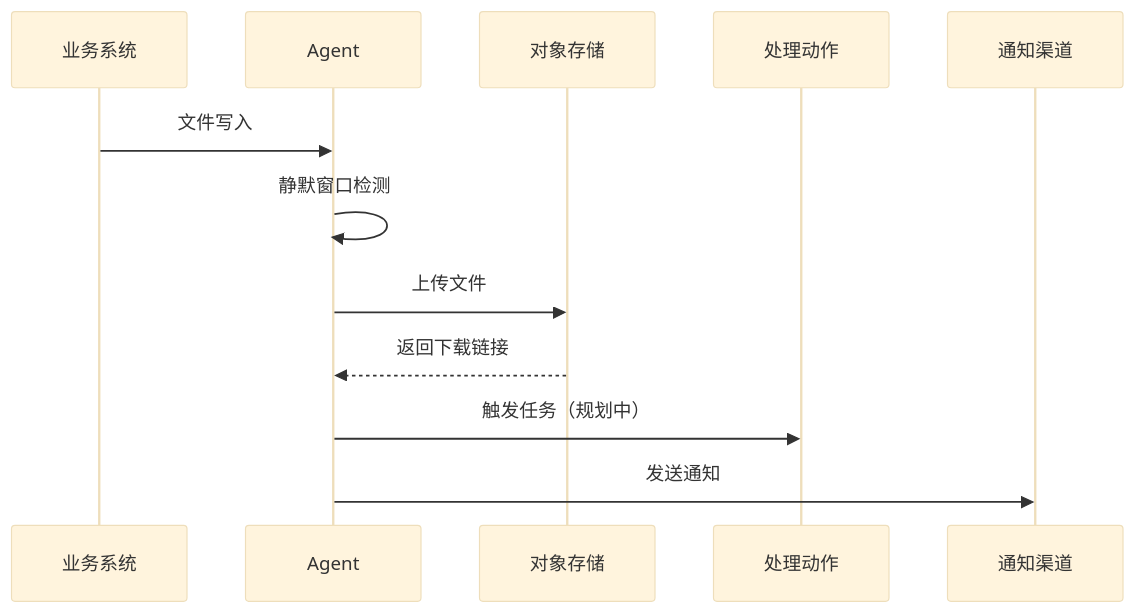
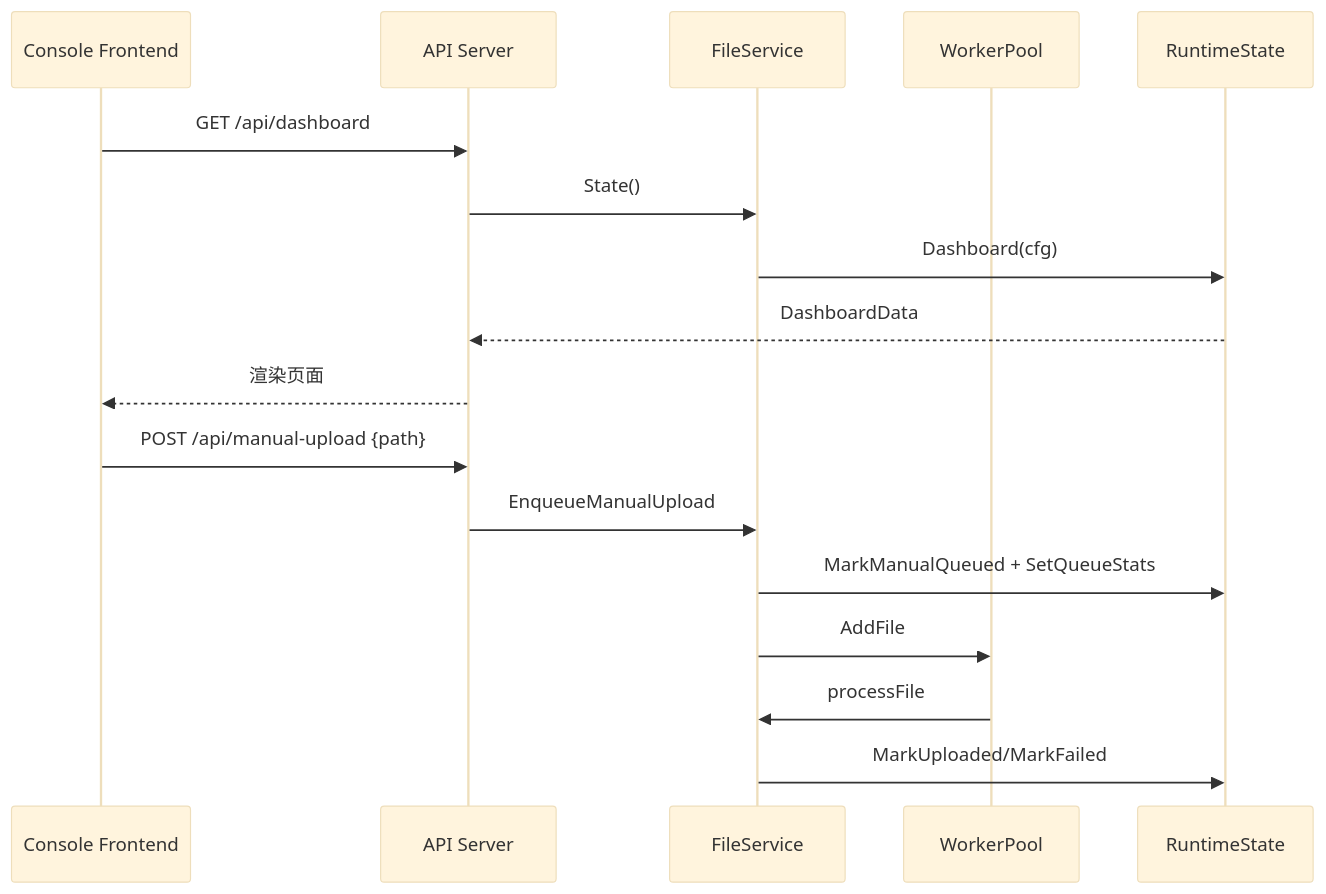
The second of 2 diagrams in docs/system-flowchart.md (VioletEvergardenZz/GoWatchFile), drawn with Mermaid (base theme) before and after one commit. The commit also changed other lines of this file and 22 other files, not shown here.

````diff
--- a/docs/system-flowchart.md
+++ b/docs/system-flowchart.md
@@ -22,15 +21,21 @@
 ```mermaid
 sequenceDiagram
-    participant App as 业务系统
-    participant Agent as Agent
-    participant S3 as 对象存储
-    participant Action as 处理动作
-    participant Notify as 通知渠道
+    participant UI as Console Frontend
+    participant API as API Server
+    participant FS as FileService
+    participant WP as WorkerPool
+    participant ST as RuntimeState
 
-    App->>Agent: 文件写入
-    Agent->>Agent: 静默窗口检测
-    Agent->>S3: 上传文件
-    S3-->>Agent: 返回下载链接
-    Agent->>Action: 触发任务（规划中）
-    Agent->>Notify: 发送通知
+    UI->>API: GET /api/dashboard
+    API->>FS: State()
+    FS->>ST: Dashboard(cfg)
+    ST-->>API: DashboardData
+    API-->>UI: 渲染页面
+
+    UI->>API: POST /api/manual-upload {path}
+    API->>FS: EnqueueManualUpload
+    FS->>ST: MarkManualQueued + SetQueueStats
+    FS->>WP: AddFile
+    WP->>FS: processFile
+    FS->>ST: MarkUploaded/MarkFailed
 ```
````
